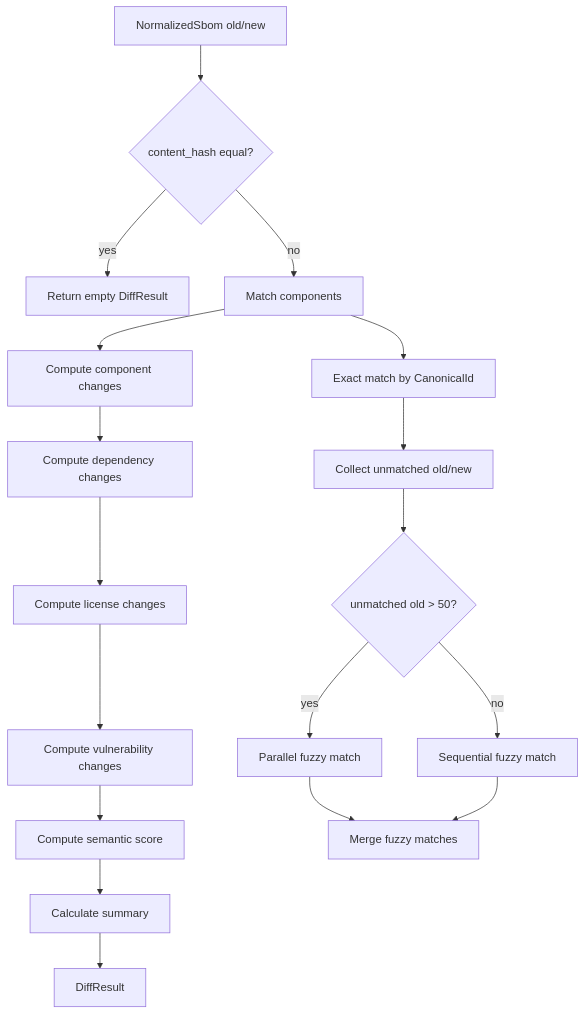
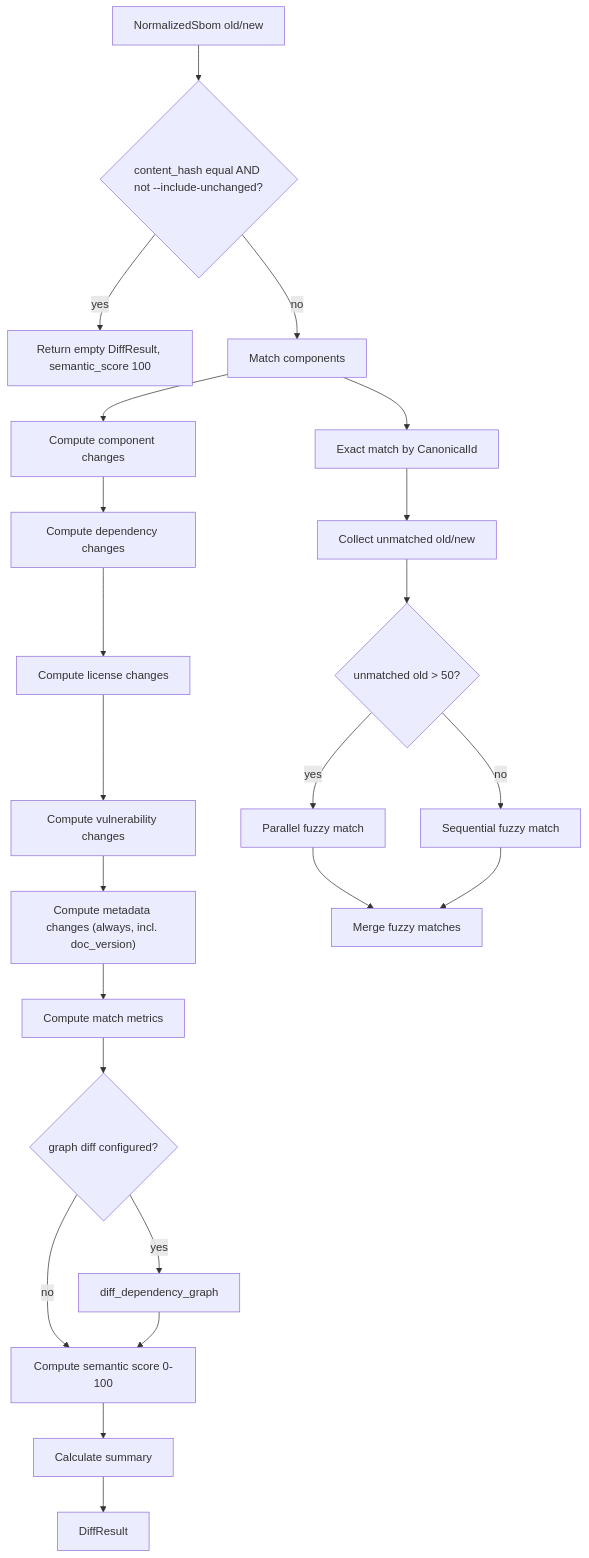
The second of 8 diagrams in docs/pipeline-diagrams.md (MChorfa/sbom-tools), drawn with Mermaid before and after one commit. The commit also changed other lines of this file and 11 other files, not shown here.

````diff
--- a/docs/pipeline-diagrams.md
+++ b/docs/pipeline-diagrams.md
@@ -9,21 +35,26 @@
 ```mermaid
 flowchart TD
-    A[NormalizedSbom old/new] --> B{content_hash equal?}
-    B -->|yes| C[Return empty DiffResult]
+    A[NormalizedSbom old/new] --> B{"content_hash equal AND not --include-unchanged?"}
+    B -->|yes| C[Return empty DiffResult, semantic_score 100]
     B -->|no| D[Match components]
     D --> E[Compute component changes]
     E --> F[Compute dependency changes]
     F --> G[Compute license changes]
     G --> H[Compute vulnerability changes]
-    H --> I[Compute semantic score]
+    H --> H1["Compute metadata changes (always, incl. doc_version)"]
+    H1 --> H2[Compute match metrics]
+    H2 --> H3{graph diff configured?}
+    H3 -->|yes| H4[diff_dependency_graph]
+    H3 -->|no| I
+    H4 --> I[Compute semantic score 0-100]
     I --> J[Calculate summary]
     J --> K[DiffResult]
 
     D --> D1[Exact match by CanonicalId]
     D1 --> D2[Collect unmatched old/new]
     D2 --> D3{unmatched old > 50?}
     D3 -->|yes| D4[Parallel fuzzy match]
     D3 -->|no| D5[Sequential fuzzy match]
     D4 --> D6[Merge fuzzy matches]
     D5 --> D6
 ```
````
